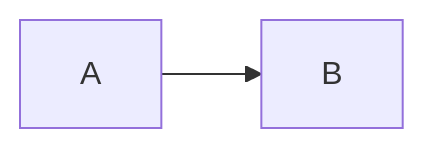
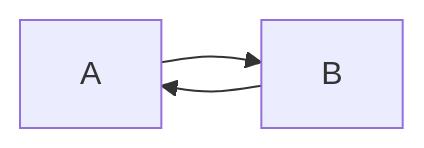
One commit to zscaasI/EGL315AV changed the second of 2 diagrams in README.md. Above: the diagram before and after it, drawn with Mermaid. The commit also changed other lines of this file and 3 other files, not shown here.

````diff
--- a/README.md
+++ b/README.md
@@ -42,5 +42,6 @@
 ```mermaid
 graph LR
 
 A--> B
+B--> A
 ```
````
